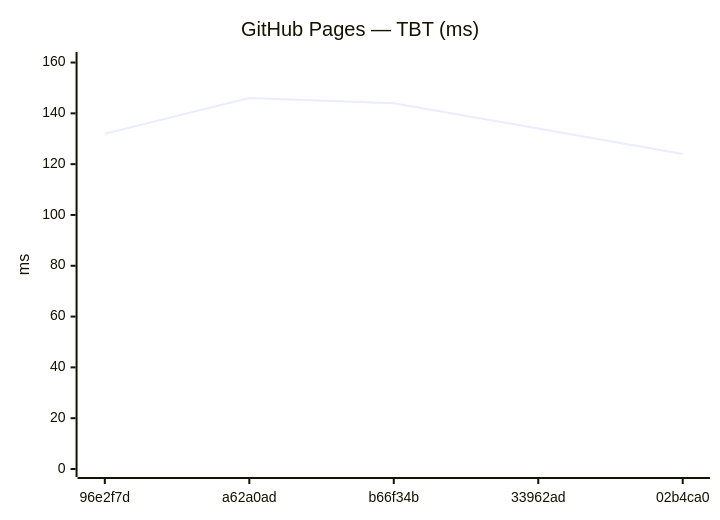
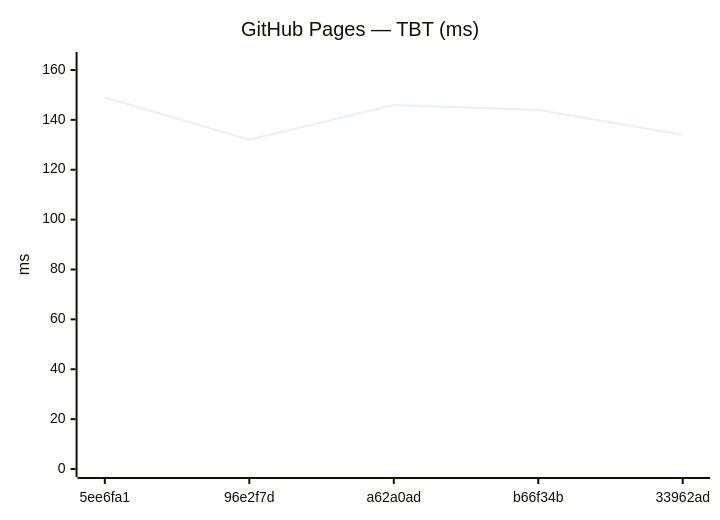
The tenth of 18 diagrams in benchmarks/compare.md (Metaheurist/Rianell), drawn with Mermaid before and after one commit. The commit also changed other lines of this file and 11 other files, not shown here.

````diff
--- a/benchmarks/compare.md
+++ b/benchmarks/compare.md
@@ -149,7 +149,7 @@
 ```mermaid
 xychart-beta
     title "GitHub Pages — TBT (ms)"
-    x-axis ["96e2f7d", "a62a0ad", "b66f34b", "33962ad", "02b4ca0"]
-    y-axis "ms" 0 --> 161
-    line [132, 146, 144, 134, 124]
+    x-axis ["5ee6fa1", "96e2f7d", "a62a0ad", "b66f34b", "33962ad"]
+    y-axis "ms" 0 --> 164
+    line [149, 132, 146, 144, 134]
 ```
````
